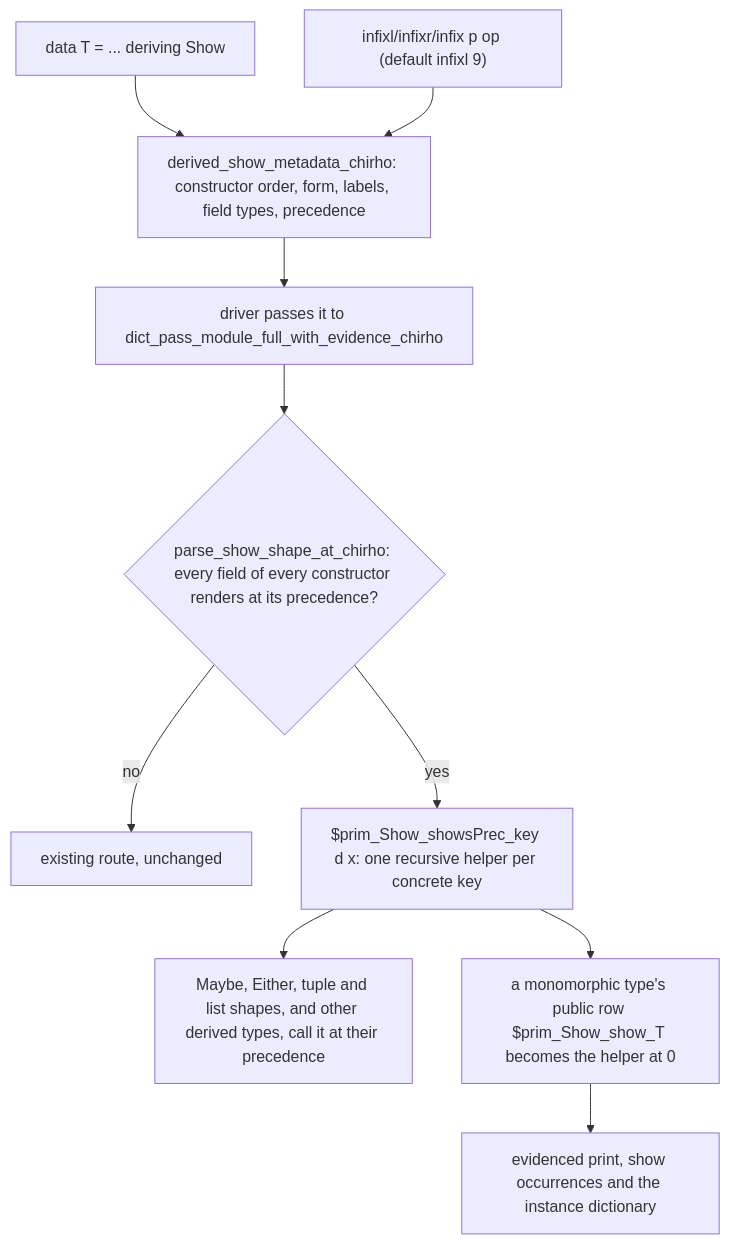
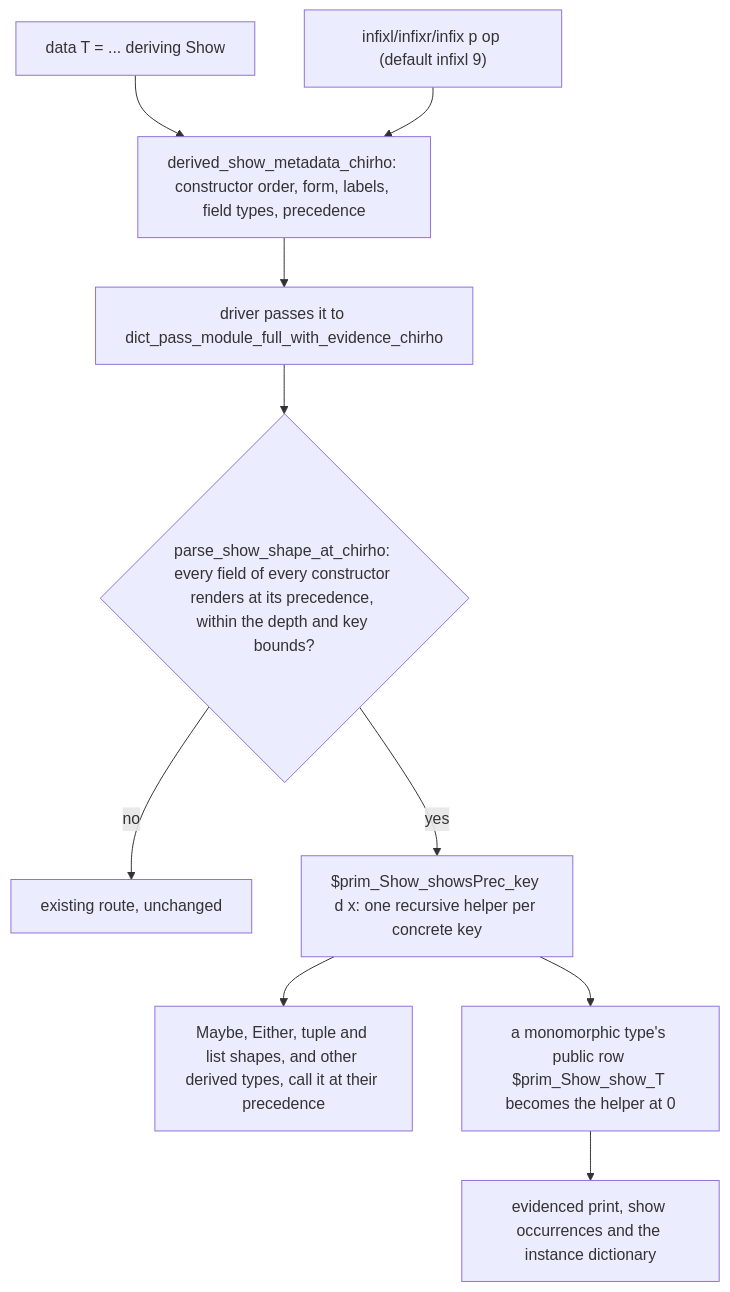
Before and after one commit to loveJesus/haskelujah-chirho: the second of 2 diagrams in spec-chirho/workflows-chirho/print-show-evidence-chirho.md, drawn with Mermaid. The commit also changed other lines of this file and 1 other file, not shown here.

First line of the commit message:
docs(show): record the bounded derived Show check

````diff
--- a/spec-chirho/workflows-chirho/print-show-evidence-chirho.md
+++ b/spec-chirho/workflows-chirho/print-show-evidence-chirho.md
@@ -60,12 +60,12 @@
 ```mermaid
 flowchart TD
     data_ds_chirho["data T = ... deriving Show"] --> meta_ds_chirho["derived_show_metadata_chirho: constructor order, form, labels, field types, precedence"]
     fixity_ds_chirho["infixl/infixr/infix p op (default infixl 9)"] --> meta_ds_chirho
     meta_ds_chirho --> driver_ds_chirho[driver passes it to dict_pass_module_full_with_evidence_chirho]
-    driver_ds_chirho --> parse_ds_chirho{"parse_show_shape_at_chirho: every field of every constructor renders at its precedence?"}
+    driver_ds_chirho --> parse_ds_chirho{"parse_show_shape_at_chirho: every field of every constructor renders at its precedence, within the depth and key bounds?"}
     parse_ds_chirho -->|no| route_ds_chirho[existing route, unchanged]
     parse_ds_chirho -->|yes| helper_ds_chirho["$prim_Show_showsPrec_key d x: one recursive helper per concrete key"]
     helper_ds_chirho --> shapes_ds_chirho["Maybe, Either, tuple and list shapes, and other derived types, call it at their precedence"]
     helper_ds_chirho --> row_ds_chirho["a monomorphic type's public row $prim_Show_show_T becomes the helper at 0"]
     row_ds_chirho --> uses_ds_chirho[evidenced print, show occurrences and the instance dictionary]
 ```
````
